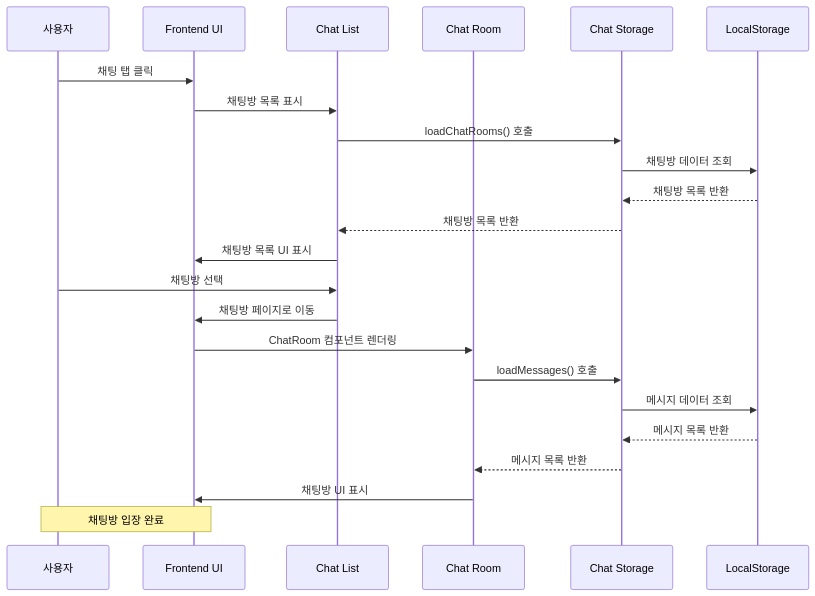
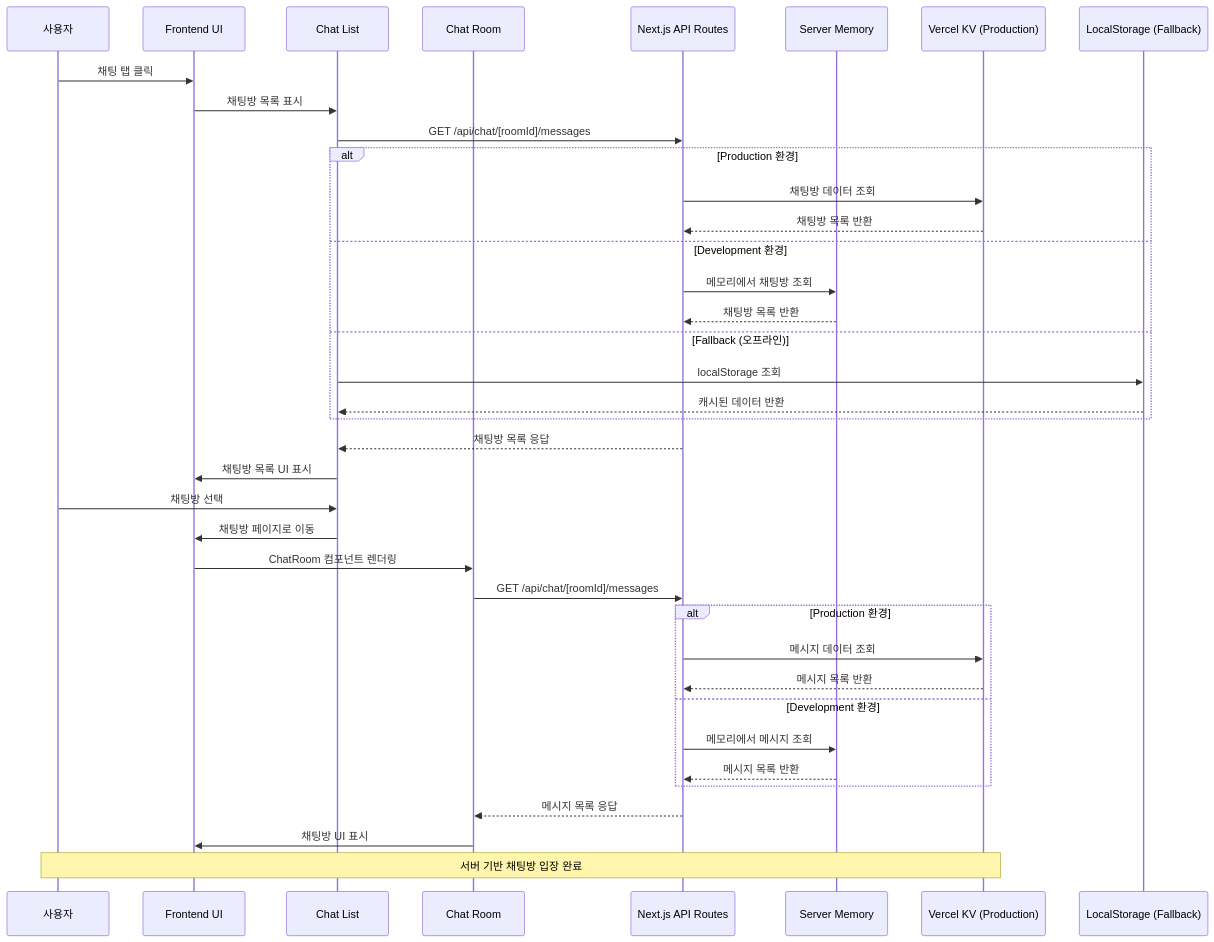
One commit to blockbit-hama/TalkTalk changed the tenth of 24 diagrams in docs/system-flow-diagrams.md. Above: the diagram before and after it, drawn with Mermaid. The commit also changed other lines of this file, not shown here.

First line of the commit message:
docs: system-flow-diagrams.md 전체 시스템 아키텍처 추가

````diff
--- a/docs/system-flow-diagrams.md
+++ b/docs/system-flow-diagrams.md
@@ -347,32 +450,49 @@
 ```mermaid
 sequenceDiagram
     participant U as 사용자
     participant UI as Frontend UI
     participant CL as Chat List
     participant CR as Chat Room
-    participant CS as Chat Storage
-    participant LS as LocalStorage
+    participant API as Next.js API Routes
+    participant MEM as Server Memory
+    participant KV as Vercel KV (Production)
+    participant LS as LocalStorage (Fallback)
 
     U->>UI: 채팅 탭 클릭
     UI->>CL: 채팅방 목록 표시
-    
-    CL->>CS: loadChatRooms() 호출
-    CS->>LS: 채팅방 데이터 조회
-    LS-->>CS: 채팅방 목록 반환
-    CS-->>CL: 채팅방 목록 반환
-    
+
+    CL->>API: GET /api/chat/[roomId]/messages
+
+    alt Production 환경
+        API->>KV: 채팅방 데이터 조회
+        KV-->>API: 채팅방 목록 반환
+    else Development 환경
+        API->>MEM: 메모리에서 채팅방 조회
+        MEM-->>API: 채팅방 목록 반환
+    else Fallback (오프라인)
+        CL->>LS: localStorage 조회
+        LS-->>CL: 캐시된 데이터 반환
+    end
+
+    API-->>CL: 채팅방 목록 응답
     CL->>UI: 채팅방 목록 UI 표시
-    
+
     U->>CL: 채팅방 선택
     CL->>UI: 채팅방 페이지로 이동
-    
+
     UI->>CR: ChatRoom 컴포넌트 렌더링
-    CR->>CS: loadMessages() 호출
-    CS->>LS: 메시지 데이터 조회
-    LS-->>CS: 메시지 목록 반환
-    CS-->>CR: 메시지 목록 반환
-    
+    CR->>API: GET /api/chat/[roomId]/messages
+
+    alt Production 환경
+        API->>KV: 메시지 데이터 조회
+        KV-->>API: 메시지 목록 반환
+    else Development 환경
+        API->>MEM: 메모리에서 메시지 조회
+        MEM-->>API: 메시지 목록 반환
+    end
+
+    API-->>CR: 메시지 목록 응답
     CR->>UI: 채팅방 UI 표시
-    
-    Note over U,UI: 채팅방 입장 완료
+
+    Note over U,KV: 서버 기반 채팅방 입장 완료
 ```
````
